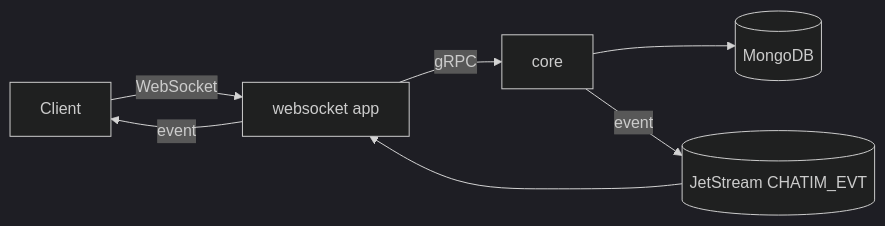
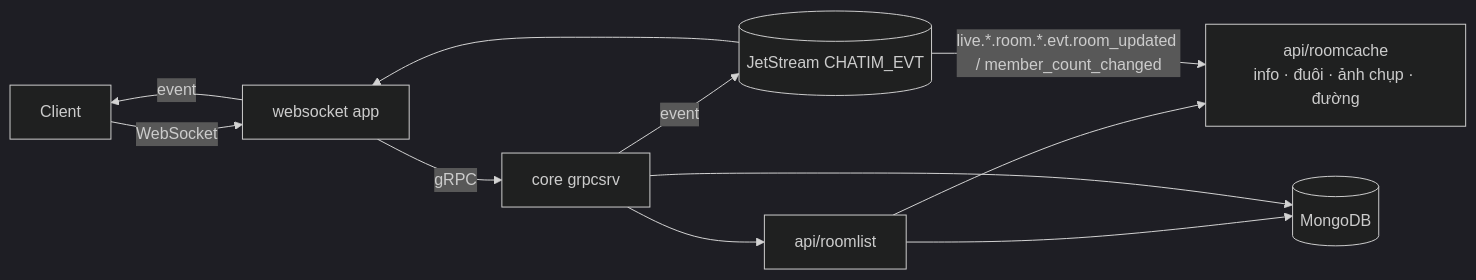
One commit to ivannguyendev/chatim changed the first of 2 diagrams in docs/plans/2026-10-12-m3-core-query-apis-summary.md. Above: the diagram before and after it, drawn with Mermaid (dark theme). The commit also changed other lines of this file and 7 other files, not shown here.

````diff
--- a/docs/plans/2026-10-12-m3-core-query-apis-summary.md
+++ b/docs/plans/2026-10-12-m3-core-query-apis-summary.md
@@ -61,9 +62,13 @@
 ```mermaid
 flowchart LR
   C[Client] -- WebSocket --> W[websocket app]
-  W -- gRPC --> CORE[core]
-  CORE --> DB[(MongoDB)]
-  CORE -- event --> JS[(JetStream CHATIM_EVT)]
+  W -- gRPC --> G[core grpcsrv]
+  G --> RL[api/roomlist]
+  RL --> RC[api/roomcache<br/>info · đuôi · ảnh chụp · đường]
+  RL --> DB[(MongoDB)]
+  G --> DB
+  G -- event --> JS[(JetStream CHATIM_EVT)]
+  JS -- live.*.room.*.evt.room_updated / member_count_changed --> RC
   JS --> W
   W -- event --> C
 ```
````
